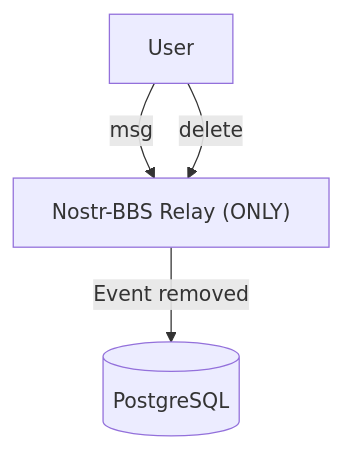
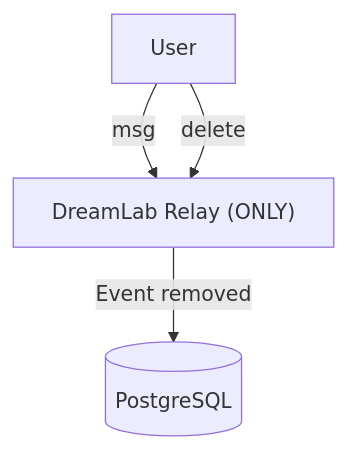
The ninth of 11 diagrams in docs/reference/architecture-reference.md (DreamLab-AI/dreamlab-ai-website), drawn with Mermaid before and after one commit. The commit also changed other lines of this file and 41 other files, not shown here.

````diff
--- a/docs/reference/architecture-reference.md
+++ b/docs/reference/architecture-reference.md
@@ -497,6 +497,6 @@
 ```mermaid
 flowchart TB
-    User -->|msg| NostrBBSRelay["Nostr-BBS Relay (ONLY)"]
+    User -->|msg| NostrBBSRelay["DreamLab Relay (ONLY)"]
     User -->|delete| NostrBBSRelay
     NostrBBSRelay -->|"Event removed"| PG[(PostgreSQL)]
 ```
````
